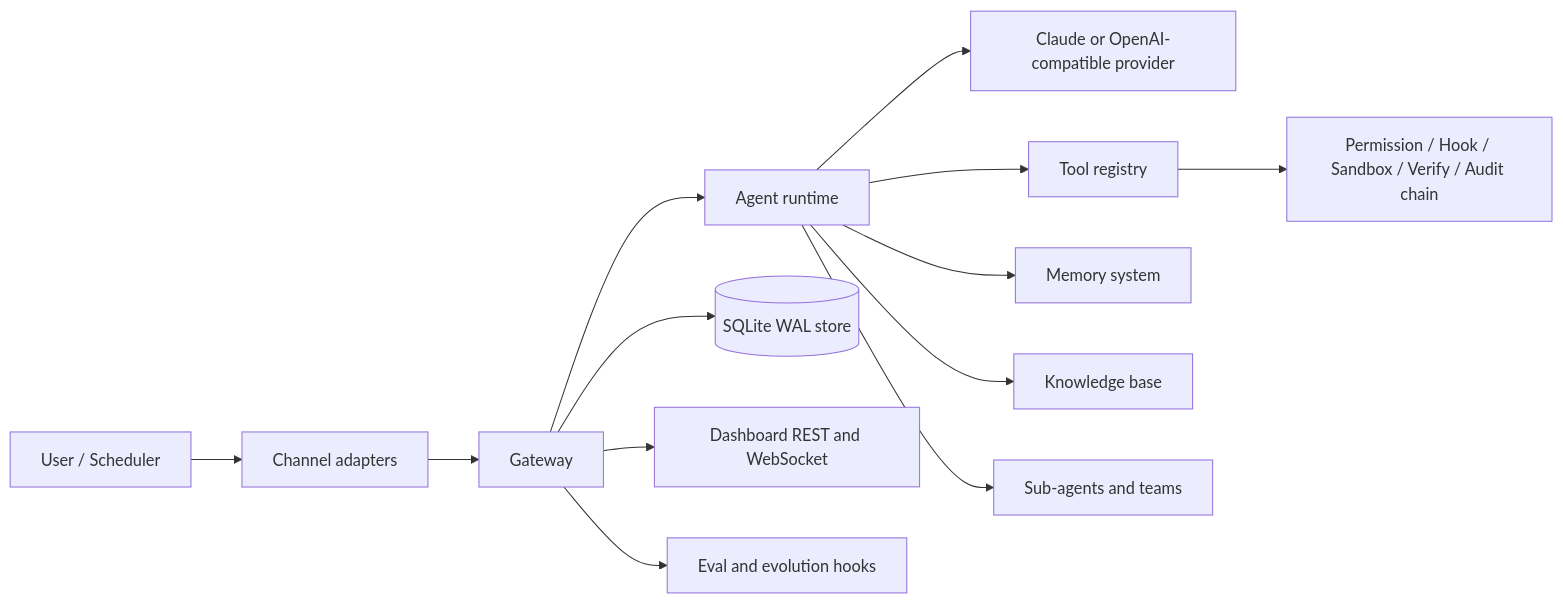
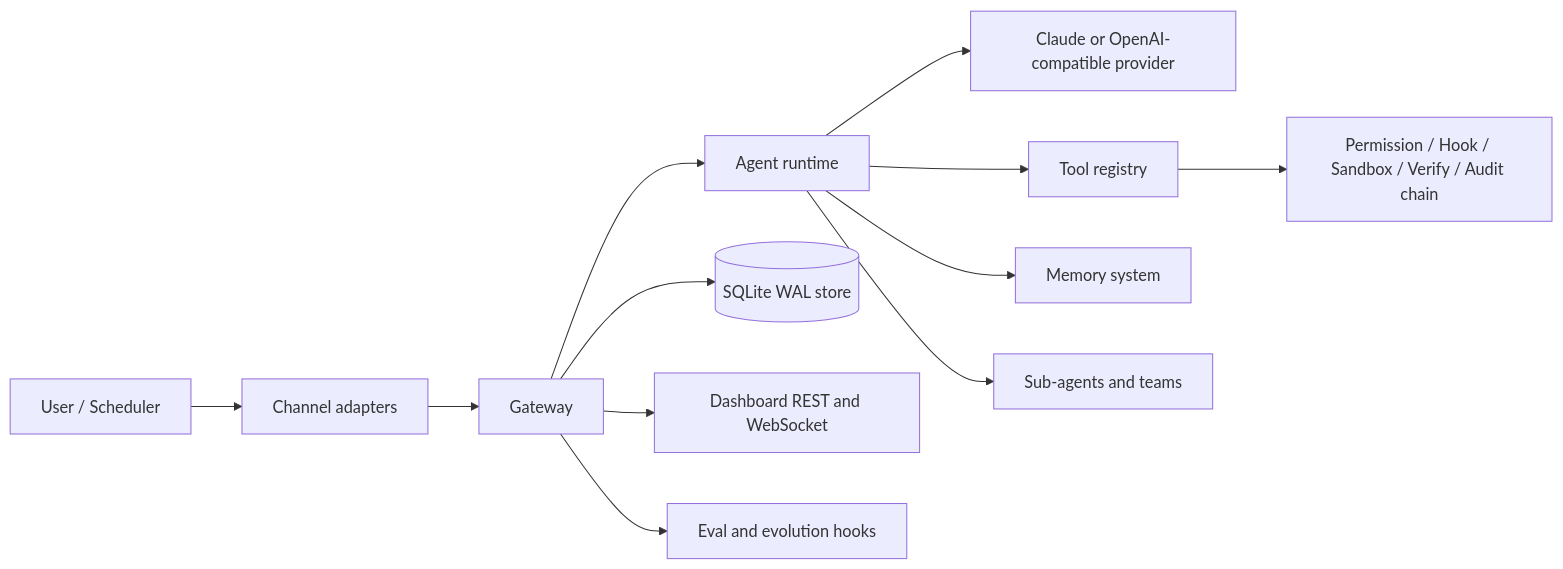
One commit to Forest-Isle/daimon changed the diagram in README.md. Above: the diagram before and after it, drawn with Mermaid. The commit also changed other lines of this file and 72 other files, not shown here.

First line of the commit message:
refactor: remove Knowledge Base and Knowledge Graph subsystems

````diff
--- a/README.md
+++ b/README.md
@@ -23,15 +23,14 @@
 ```mermaid
 flowchart LR
     User[User / Scheduler] --> Channel[Channel adapters]
     Channel --> Gateway[Gateway]
     Gateway --> Agent[Agent runtime]
     Agent --> Provider[Claude or OpenAI-compatible provider]
     Agent --> Tools[Tool registry]
     Agent --> Memory[Memory system]
-    Agent --> Knowledge[Knowledge base]
     Agent --> Agents[Sub-agents and teams]
     Tools --> Sandbox[Permission / Hook / Sandbox / Verify / Audit chain]
     Gateway --> Store[(SQLite WAL store)]
     Gateway --> Dashboard[Dashboard REST and WebSocket]
     Gateway --> Eval[Eval and evolution hooks]
 ```
````
